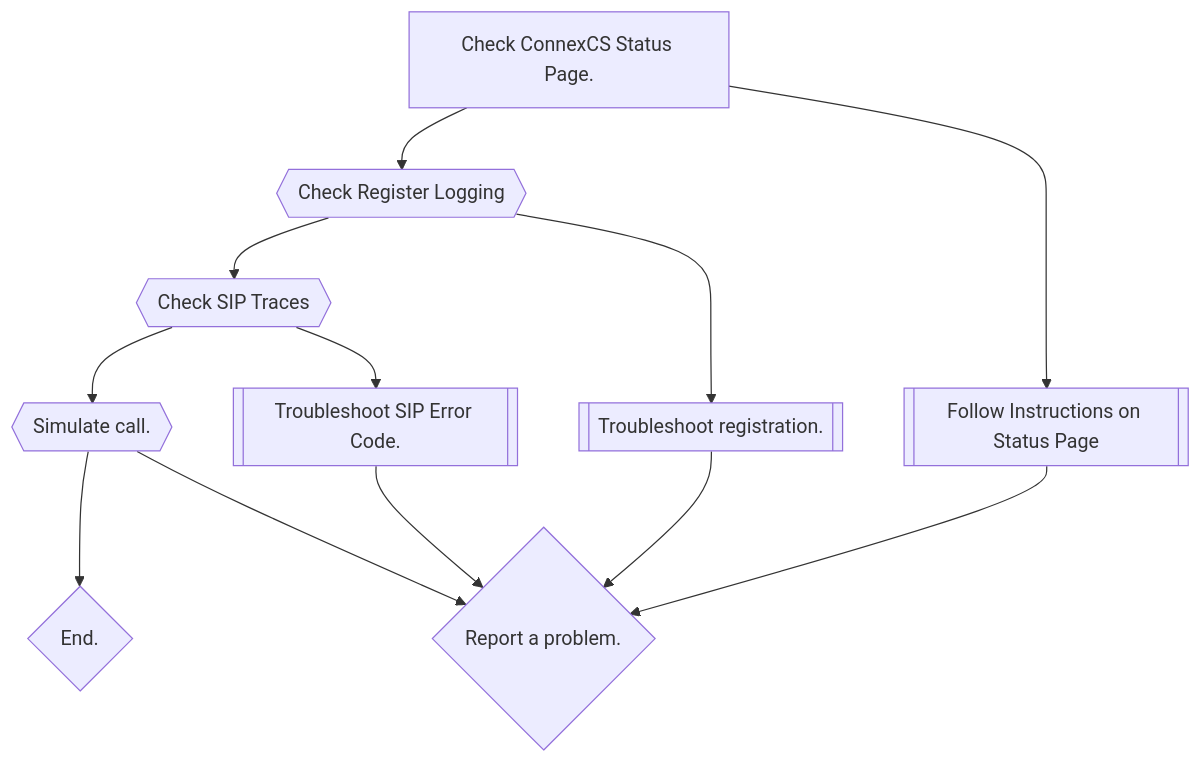
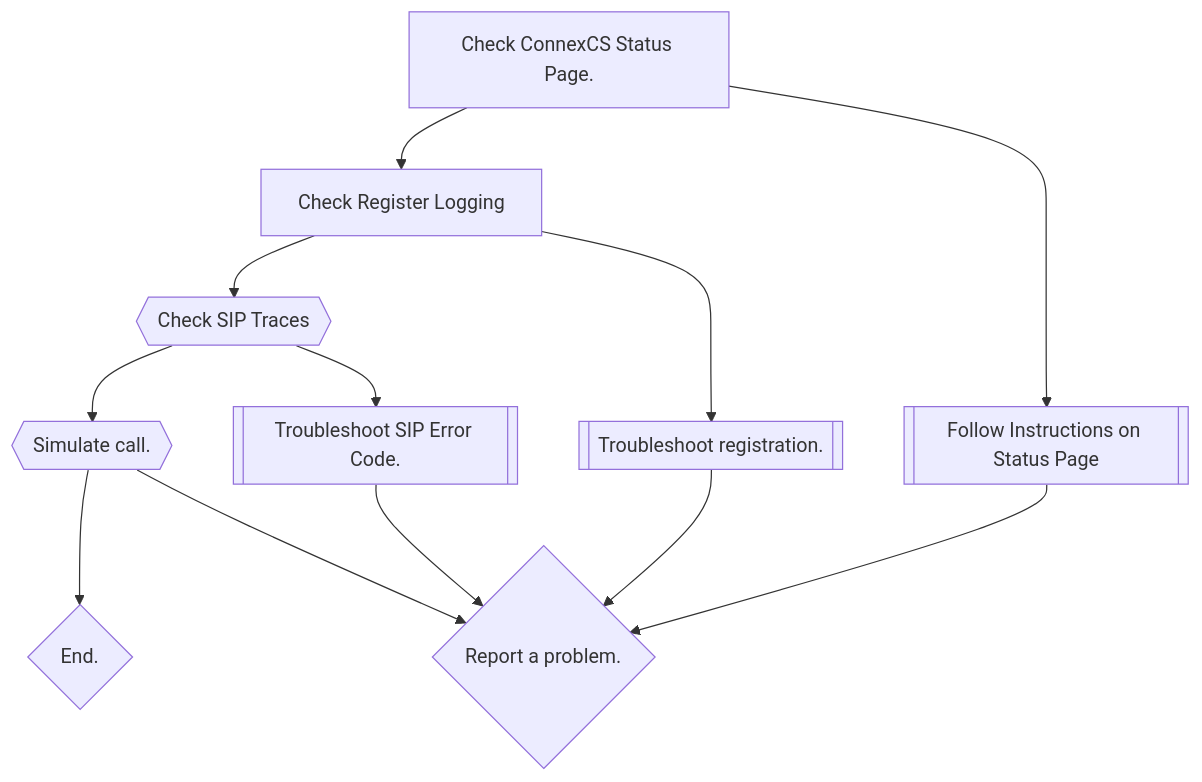
The diagram in docs/guides/tshoot-signal.md (connexcs/docs), drawn with Mermaid before and after one commit.

Commit message:
Update tshoot-signal.md
fix mermaid

````diff
--- a/docs/guides/tshoot-signal.md
+++ b/docs/guides/tshoot-signal.md
@@ -32,14 +32,14 @@
 ```mermaid
 graph TD
-A[Check ConnexCS Status Page.]-->C{{Check Register Logging}}
-A[Check ConnexCS Status Page.]-->B[[Follow Instructions on Status Page]]
-C -->E{{Check SIP Traces}}    
-C -->D[[Troubleshoot registration.]]
-E -->G{{Simulate call.}}
-E -->F[[Troubleshoot SIP Error Code.]]
-G -->H{End.}
-G -->I{Report a problem.}
-B -->I{Report a problem.}
-D -->I{Report a problem.}
-F -->I{Report a problem.}
+A[Check ConnexCS Status Page.] --> C[Check Register Logging]
+A[Check ConnexCS Status Page.] --> B[[Follow Instructions on Status Page]]
+C --> E{{Check SIP Traces}}    
+C --> D[[Troubleshoot registration.]]
+E --> G{{Simulate call.}}
+E --> F[[Troubleshoot SIP Error Code.]]
+G --> H{End.}
+G --> I{Report a problem.}
+B --> I{Report a problem.}
+D --> I{Report a problem.}
+F --> I{Report a problem.}
 ```
````
